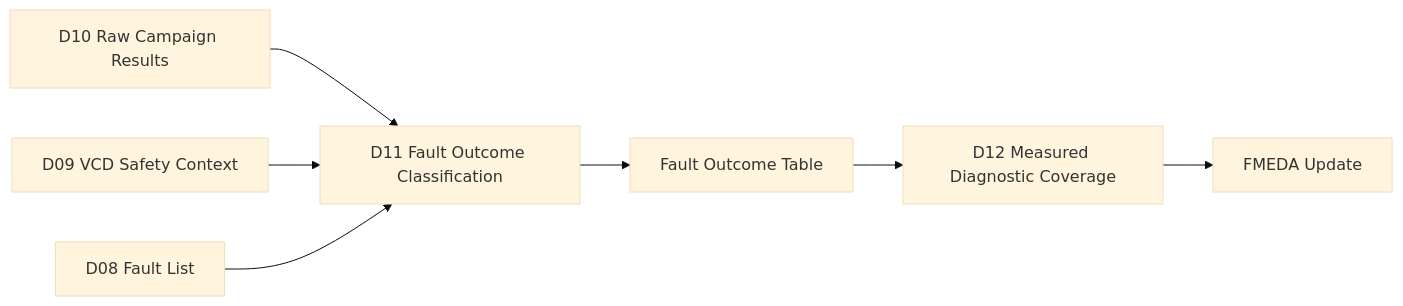
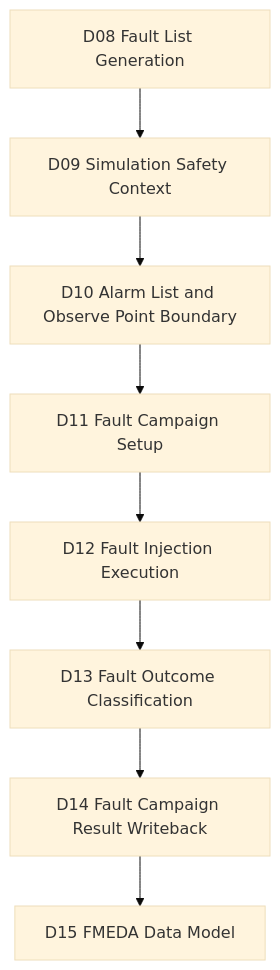
Before and after one commit to qiqixixi1001/automotive-safeic-practice: the first of 5 diagrams in articles/11_automotive_safeic_practice_d11_github_en_fault_outcome_classification.md, drawn with Mermaid (base theme). The commit also changed other lines of this file, not shown here.

````diff
--- a/articles/11_automotive_safeic_practice_d11_github_en_fault_outcome_classification.md
+++ b/articles/11_automotive_safeic_practice_d11_github_en_fault_outcome_classification.md
@@ -73,9 +48,10 @@
 ```mermaid
-flowchart LR
-    A[D10 Raw Campaign Results] --> B[D11 Fault Outcome Classification]
-    C[D09 VCD Safety Context] --> B
-    D[D08 Fault List] --> B
-    B --> E[Fault Outcome Table]
-    E --> F[D12 Measured Diagnostic Coverage]
-    F --> G[FMEDA Update]
+flowchart TD
+    D08[D08 Fault List Generation] --> D09[D09 Simulation Safety Context]
+    D09 --> D10[D10 Alarm List and Observe Point Boundary]
+    D10 --> D11[D11 Fault Campaign Setup]
+    D11 --> D12[D12 Fault Injection Execution]
+    D12 --> D13[D13 Fault Outcome Classification]
+    D13 --> D14[D14 Fault Campaign Result Writeback]
+    D14 --> D15[D15 FMEDA Data Model]
 ```
````
